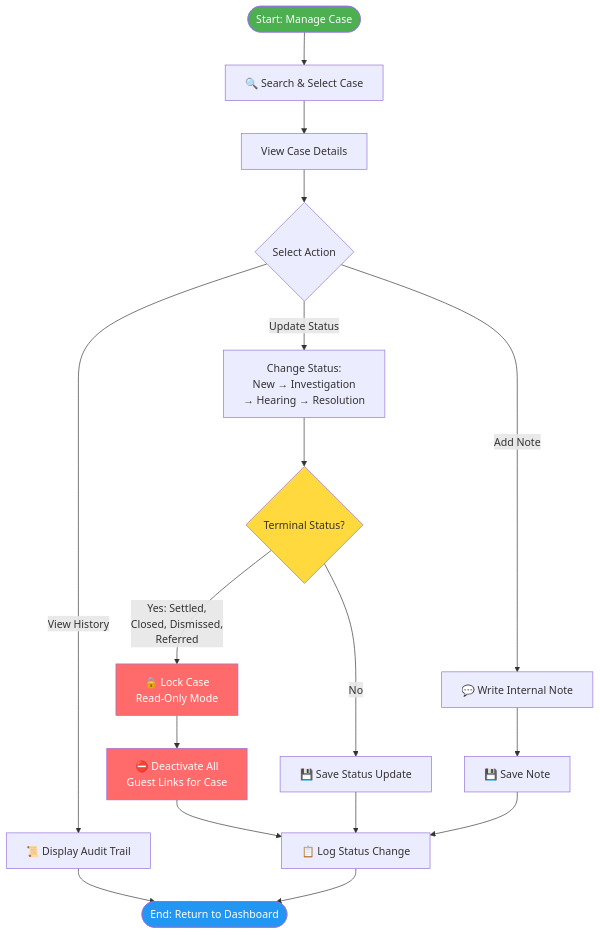
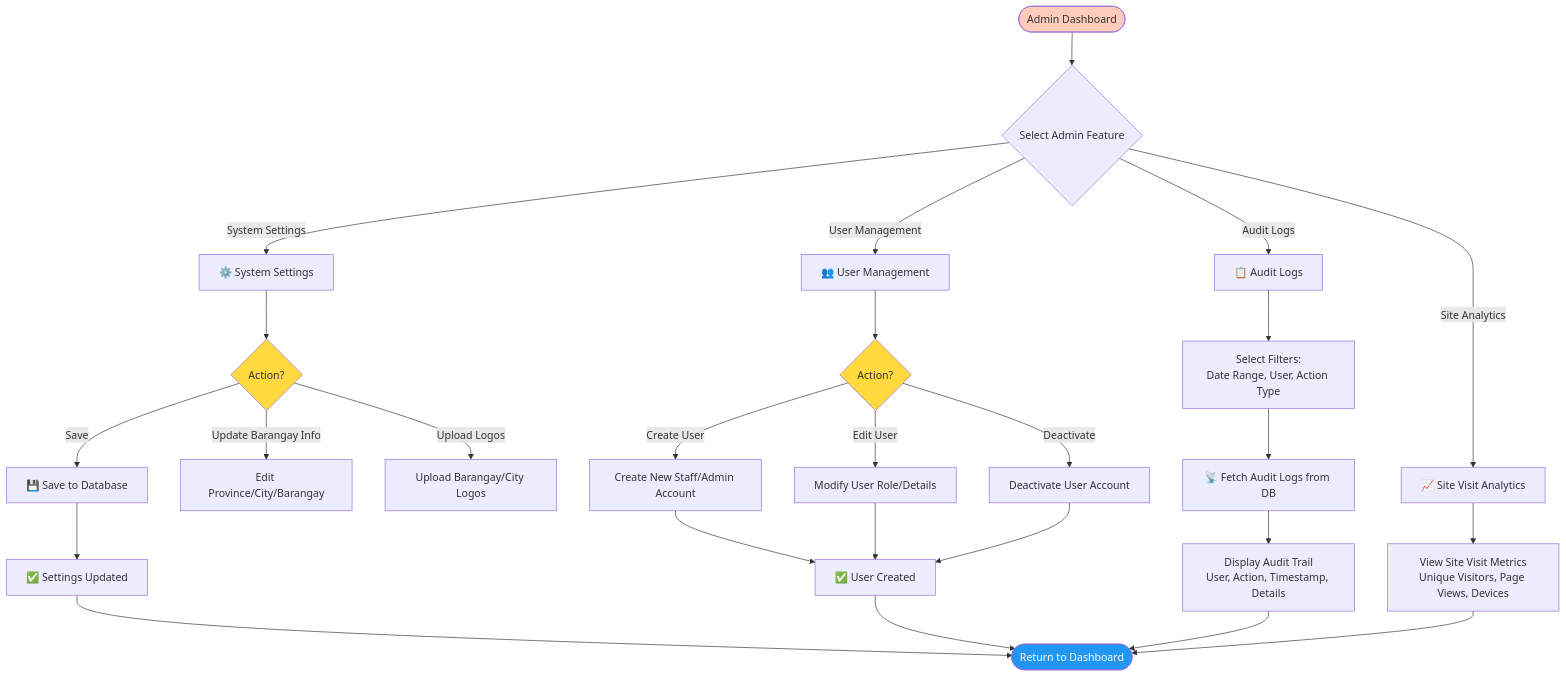
The fourth of 6 diagrams in public/README.md (Godwynski/Final), drawn with Mermaid before and after one commit. The commit also changed other lines of this file and 1 other file, not shown here.

Commit message:
refactor(docs): Reorganize system flowcharts in root README into modular diagrams and introduce public README.

````diff
--- a/public/README.md
+++ b/public/README.md
@@ -528,30 +473,41 @@
 ```mermaid
 flowchart TD
-    ManageStart([Start: Manage Case]) --> SearchCase[🔍 Search & Select Case]
-    SearchCase --> ViewDetails[View Case Details]
-    ViewDetails --> SelectAction{Select Action}
+    Start([Admin Dashboard]) --> AdminMenu{Select Admin Feature}
 
-    SelectAction -->|Update Status| ChangeStatus[Change Status:<br/>New → Investigation<br/>→ Hearing → Resolution]
-    SelectAction -->|Add Note| WriteNote[💬 Write Internal Note]
-    SelectAction -->|View History| ShowHistory[📜 Display Audit Trail]
+    AdminMenu -->|System Settings| Settings[⚙️ System Settings]
+    AdminMenu -->|User Management| Users[👥 User Management]
+    AdminMenu -->|Audit Logs| Audit[📋 Audit Logs]
+    AdminMenu -->|Site Analytics| SiteVisits[📈 Site Visit Analytics]
 
-    ChangeStatus --> CheckTerminal{Terminal Status?}
-    CheckTerminal -->|Yes: Settled,<br/>Closed, Dismissed,<br/>Referred| LockCase[🔒 Lock Case<br/>Read-Only Mode]
-    CheckTerminal -->|No| SaveStatus[💾 Save Status Update]
+    Settings --> SettingsAction{Action?}
+    SettingsAction -->|Update Barangay Info| UpdateInfo[Edit Province/City/Barangay]
+    SettingsAction -->|Upload Logos| UploadLogo[Upload Barangay/City Logos]
+    SettingsAction -->|Save| SaveSettings[💾 Save to Database]
 
-    LockCase --> DeactivateLinks[⛔ Deactivate All<br/>Guest Links for Case]
-    DeactivateLinks --> LogChange[📋 Log Status Change]
-    SaveStatus --> LogChange
+    SaveSettings --> SettingsSuccess[✅ Settings Updated]
 
-    WriteNote --> SaveNote[💾 Save Note]
-    SaveNote --> LogChange
+    Users --> UserAction{Action?}
+    UserAction -->|Create User| CreateUser[Create New Staff/Admin Account]
+    UserAction -->|Edit User| EditUser[Modify User Role/Details]
+    UserAction -->|Deactivate| DeactivateUser[Deactivate User Account]
 
-    ShowHistory --> ManageEnd([End: Return to Dashboard])
-    LogChange --> ManageEnd
+    CreateUser --> UserSuccess[✅ User Created]
+    EditUser --> UserSuccess
+    DeactivateUser --> UserSuccess
 
-    style ManageStart fill:#4CAF50,color:#fff
-    style ManageEnd fill:#2196F3,color:#fff
-    style LockCase fill:#ff6b6b,color:#fff
-    style DeactivateLinks fill:#ff6b6b,color:#fff
-    style CheckTerminal fill:#ffd93d
+    Audit --> SelectFilters[Select Filters:<br/>Date Range, User, Action Type]
+    SelectFilters --> FetchLogs[📡 Fetch Audit Logs from DB]
+    FetchLogs --> DisplayLogs[Display Audit Trail<br/>User, Action, Timestamp, Details]
+
+    SiteVisits --> ViewVisits[View Site Visit Metrics<br/>Unique Visitors, Page Views, Devices]
+
+    SettingsSuccess --> End([Return to Dashboard])
+    UserSuccess --> End
+    DisplayLogs --> End
+    ViewVisits --> End
+
+    style Start fill:#ffccbc
+    style End fill:#2196F3,color:#fff
+    style SettingsAction fill:#ffd93d
+    style UserAction fill:#ffd93d
 ```
````
